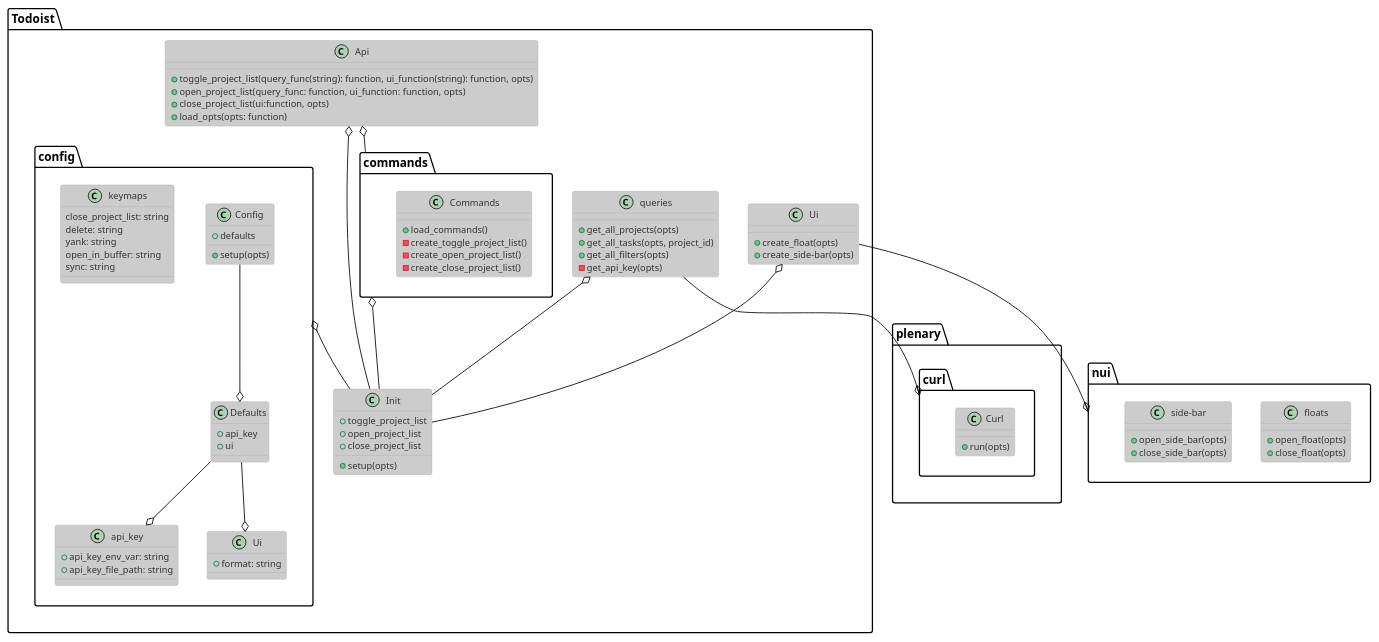
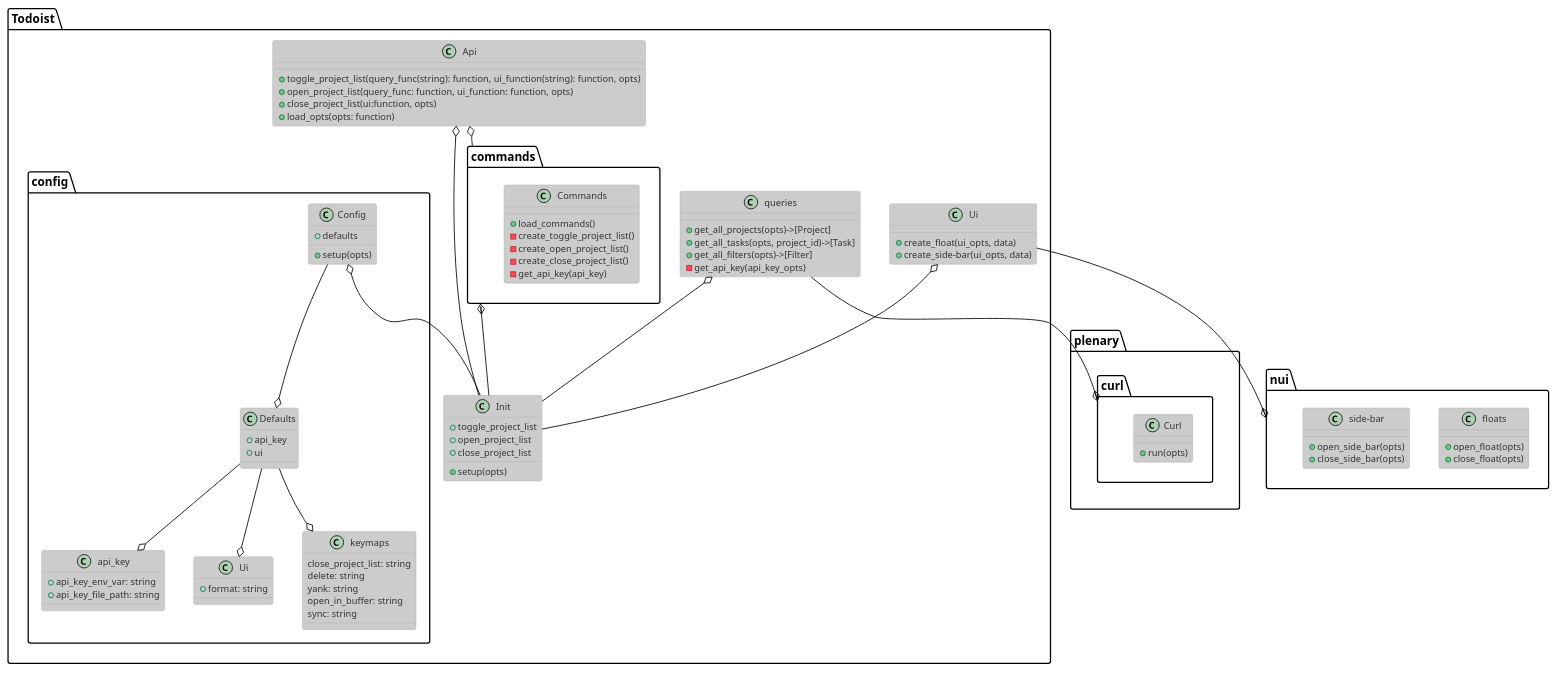
One commit to ca-mantis-shrimp/UML changed the diagram in todoist_neovim_plugin.puml. Above: the diagram before and after it, drawn with PlantUML.

Commit message:
add details to make it actually conform to the work we need from the higher level question

```diff
--- a/todoist_neovim_plugin.puml
+++ b/todoist_neovim_plugin.puml
@@ -1,89 +1,91 @@
 @startuml
 !theme reddress-lightred
 package Todoist {
   class Init {
     +toggle_project_list
     +open_project_list
     +close_project_list
     +setup(opts)
   }
   class Api {
     +toggle_project_list(query_func(string): function, ui_function(string): function, opts)
     +open_project_list(query_func: function, ui_function: function, opts)
     +close_project_list(ui:function, opts)
     +load_opts(opts: function)
   }
   class queries {
-    +get_all_projects(opts)
-    +get_all_tasks(opts, project_id)
-    +get_all_filters(opts)
-    -get_api_key(opts)
+    +get_all_projects(opts)->[Project]
+    +get_all_tasks(opts, project_id)->[Task]
+    +get_all_filters(opts)->[Filter]
+    -get_api_key(api_key_opts)
   }
   package config {
     class Config {
       +defaults 
       +setup(opts)
     }
     class Defaults {
       +api_key
       +ui
     }
     class api_key {
       +api_key_env_var: string
       +api_key_file_path: string
     }
     class Ui {
       +format: string
     }
 
     class keymaps {
       close_project_list: string
       delete: string
       yank: string
       open_in_buffer: string
       sync: string
     }
     Config --o Defaults
     Defaults --o api_key
+    Defaults --o keymaps
     Defaults --o Ui
   }
   package commands {
     class Commands {
       +load_commands()
       -create_toggle_project_list()
       -create_open_project_list()
       -create_close_project_list()
+      -get_api_key(api_key)
     }
   }
   class Ui {
-    +create_float(opts)
-    +create_side-bar(opts)
+    +create_float(ui_opts, data)
+    +create_side-bar(ui_opts, data)
   }
   Api o-- Init
   queries o-- Init 
   Ui o-- Init
   commands o-- Init
   Api o-- commands
-  config o-- Init
+  Config o-- Init
 }
 package plenary {
   package curl {
     class Curl {
       +run(opts)
     }
   }
 }
 
 package nui {
   class floats {
     +open_float(opts)
     +close_float(opts)
   }
   class side-bar {
     +open_side_bar(opts)
     +close_side_bar(opts)
   }
 }
 Todoist.queries --o plenary.curl
 Todoist.Ui --o nui
 @enduml
```
